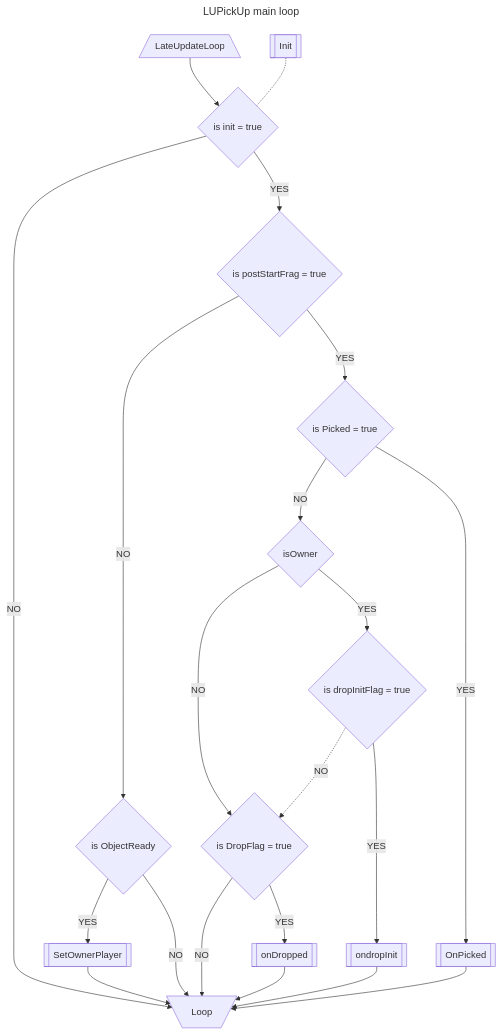
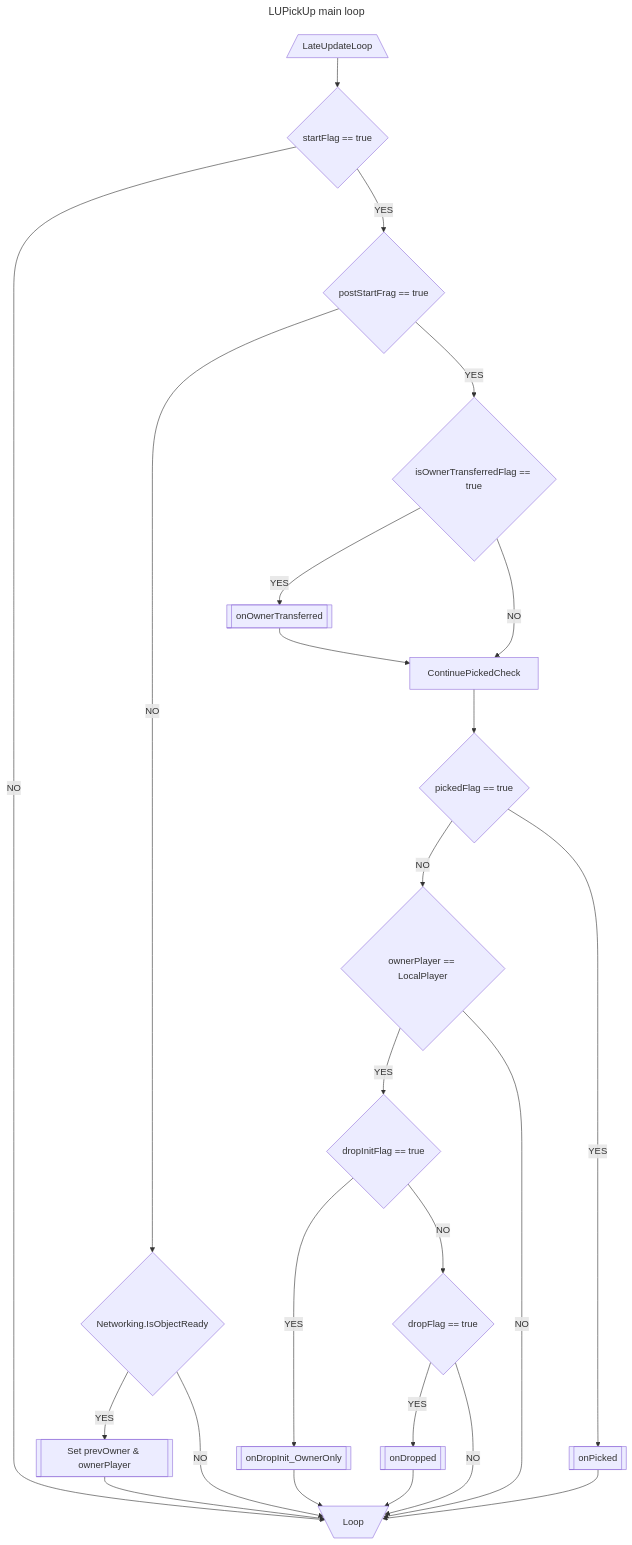
The first of 4 diagrams in Packages/com.frou01.lupick/LUPick_UML.md (frou01/VRC_PublicPackages), drawn with Mermaid before and after one commit. The commit also changed other lines of this file and 4 other files, not shown here.

Commit message:
[Lup] tryfix sync bug Update UML

````diff
--- a/Packages/com.frou01.lupick/LUPick_UML.md
+++ b/Packages/com.frou01.lupick/LUPick_UML.md
@@ -1,49 +1,48 @@
 ```mermaid
 ---
 title: LUPickUp main loop
 ---
 
+
 flowchart TD
 	StartLoop[/LateUpdateLoop\] -->
-	isInit{is init = true}
+	isInit{startFlag == true}
 
 	isInit --NO--> EndLoop
 
 	isInit --YES-->
-	ispostStartFrag{is postStartFrag = true} --NO-->
-	IsObjectReady{is ObjectReady} --YES-->
-	postStartFrag[[SetOwnerPlayer]] -->
+	ispostStartFrag{postStartFrag == true} --NO-->
+	IsObjectReady{Networking.IsObjectReady} --YES-->
+	postStartFrag[[Set prevOwner & ownerPlayer]] -->
 	EndLoop[\Loop/]
 
+	IsObjectReady --NO--> EndLoop
 
-	IsObjectReady --NO-->
+	ispostStartFrag --YES-->
+	OwnerTransferred{isOwnerTransferredFlag == true} --YES-->
+	onOwnerTransferred[[onOwnerTransferred]] -->
+	ContinuePickedCheck
+
+	OwnerTransferred --NO--> ContinuePickedCheck
+
+	ContinuePickedCheck -->
+	isPicked{pickedFlag == true}
+
+	isPicked --NO--> isOwnerOnDrop{ownerPlayer == LocalPlayer}
+
+	isOwnerOnDrop --YES-->
+	isdropInitFlag{dropInitFlag == true} --YES-->
+	ondropInit[[onDropInit_OwnerOnly]] --> EndLoop
+
+	isdropInitFlag --NO-->
+	isDropFlag{dropFlag == true} --YES-->
+	onDropped[[onDropped]] --> EndLoop
+
+	isDropFlag --NO--> EndLoop
+
+	isOwnerOnDrop --NO-->
 	EndLoop
 
-	Init[[Init]] -.-
-	isInit
-
-	ispostStartFrag --YES-->
-	isPicked{is Picked = true}
-
-	isPicked --NO--> 
-	isOwnerOnDrop
-
-	isDropping --NO-->
-	EndLoop
-
-	isOwnerOnDrop{isOwner} --NO-->
-	isDropping
-
-	isdropInitFlag{is dropInitFlag = true} -.NO.->
-	isDropping{is DropFlag = true}
-	
-	isDropping --YES--> onDropped[[onDropped]] --> EndLoop
-
-	isPicked --YES--> 
-	onPicked[[OnPicked]] -->
-	EndLoop
-
-	isOwnerOnDrop --YES--> 
-	isdropInitFlag --YES--> 
-	ondropInit[[ondropInit]] --> EndLoop
+	isPicked --YES-->
+	onPicked[[onPicked]] --> EndLoop
 ```
````
